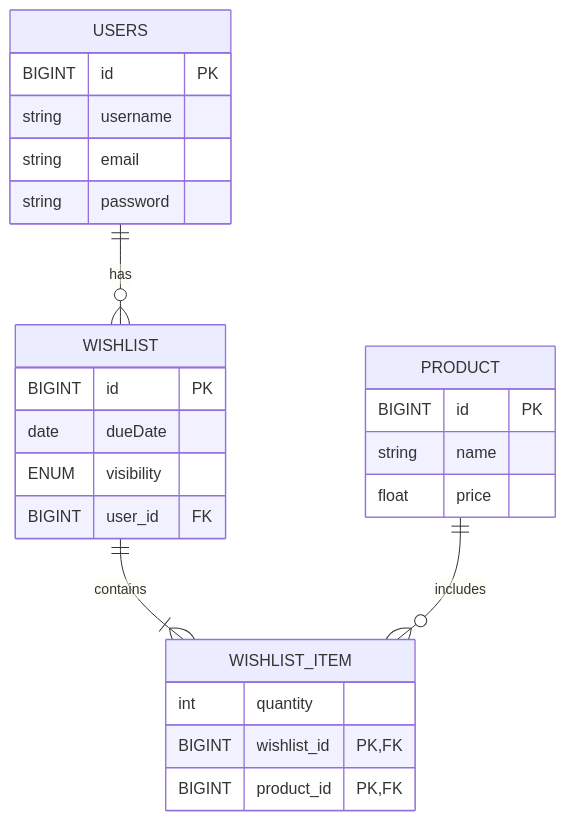
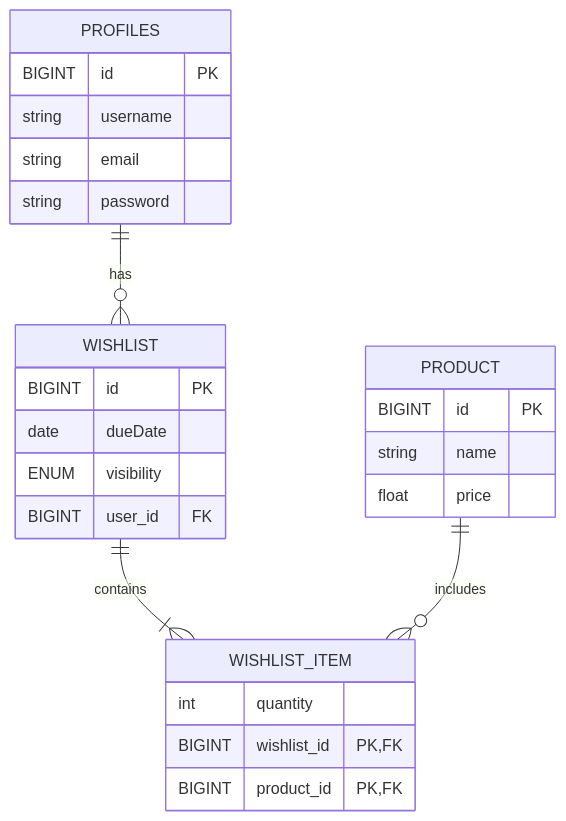
One commit to Kodebutikken/Wishlist changed the diagram in docs/ER-diagram.md. Above: the diagram before and after it, drawn with Mermaid.

Commit message:
Retter til profile

````diff
--- a/docs/ER-diagram.md
+++ b/docs/ER-diagram.md
@@ -1,28 +1,28 @@
 ```mermaid
 erDiagram
-    USERS ||--o{ WISHLIST : has
+    PROFILES ||--o{ WISHLIST : has
     WISHLIST ||--|{ WISHLIST_ITEM : contains
     PRODUCT ||--o{ WISHLIST_ITEM : includes
-    USERS {
+    PROFILES {
         BIGINT id PK
         string username
         string email
         string password
     }
     WISHLIST {
         BIGINT id PK
         date dueDate
         ENUM visibility
         BIGINT user_id FK
     }
     PRODUCT {
         BIGINT id PK
         string name
         float price
     }
     WISHLIST_ITEM {
         int quantity
         BIGINT wishlist_id PK,FK
         BIGINT product_id PK,FK
     }
 ```
````
